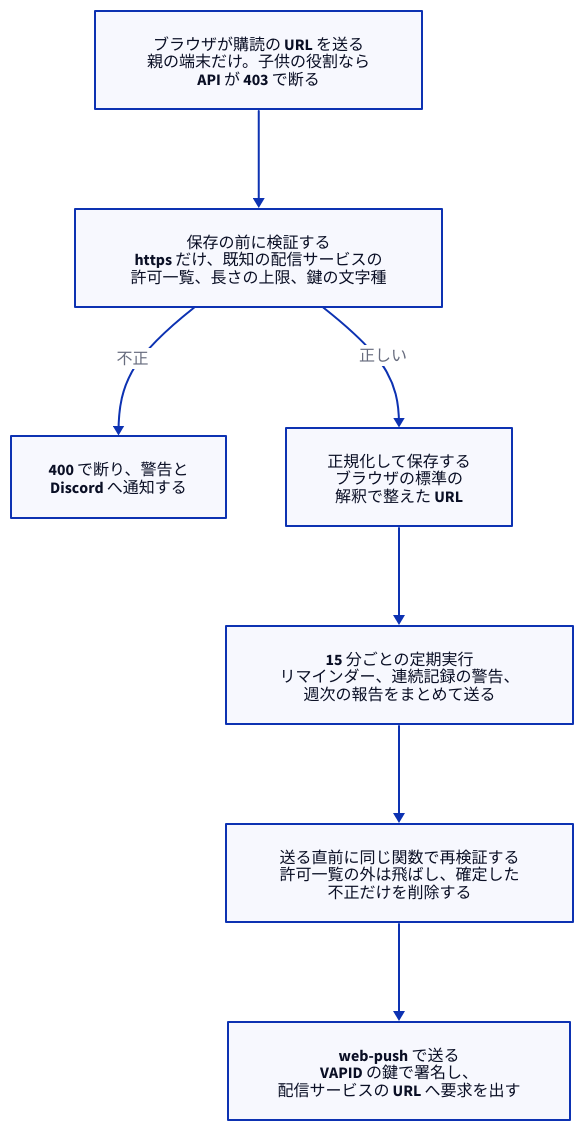
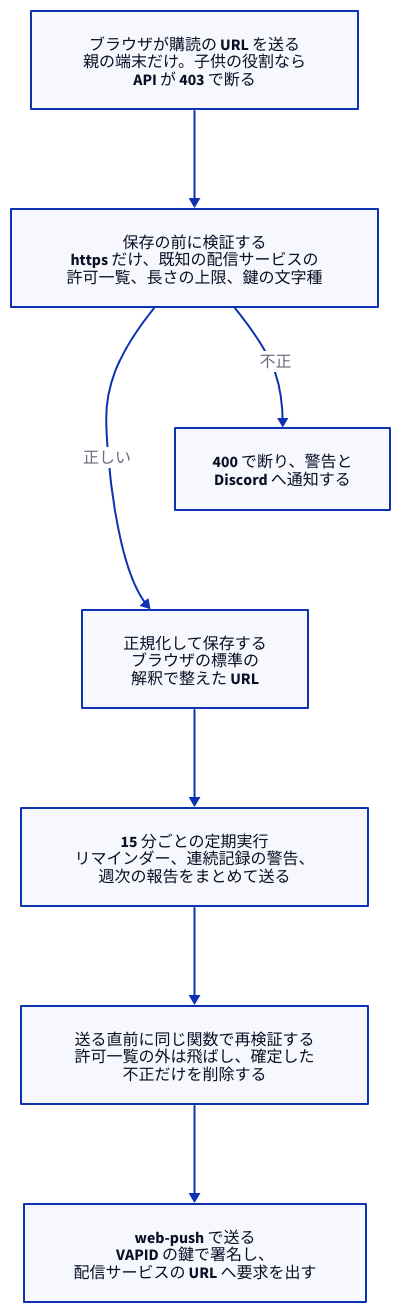
The diagram in images/ganbari-quest-design/notifications-pwa.d2 (Takenori-Kusaka/publishing-hub), drawn with D2 before and after one commit. The commit also changed 78 other files, not shown here.

First line of the commit message:
fix(diagrams): 自然幅が 480px を超えていた図 26 枚を縦に積んで描き直す

```diff
--- a/images/ganbari-quest-design/notifications-pwa.d2
+++ b/images/ganbari-quest-design/notifications-pwa.d2
@@ -1,25 +1,29 @@
 # 購読の URL が届いてから通知が送られるまで（正本: books/ganbari-quest-design/notifications-pwa.md）
 # 一方向のフローなので layout は dagre（TALA は公式に「DAG は苦手」と明記）。
 # 図だけで読めるように、各箱に「誰が何をするか」を書く。
-# 自然幅を 700px に収めるため、横に並ぶ 2 箱は 1 行 12 字までにする。
+# 自然幅を 480px に収める。Zenn は本文幅を超える画像を縮小するので、電話（本文幅 約 360px）でも
+# 0.75 倍より縮めず、16px の文字を 12px 以上で読めるようにするため。
+# そのため検証の先の 2 箱は横に並べず縦に積む。縦の順序は見えない辺（opacity 0）で固定する。
+# 2 箱が「不正」「正しい」の分岐であることは、検証の箱から出る 2 本の矢印とそのラベルで示す。
 vars: {
   d2-config: {
     layout-engine: dagre
   }
 }
 direction: down
 
 S: "ブラウザが購読の URL を送る\n親の端末だけ。子供の役割なら\nAPI が 403 で断る"
 V: "保存の前に検証する\nhttps だけ、既知の配信サービスの\n許可一覧、長さの上限、鍵の文字種"
 E: "400 で断り、警告と\nDiscord へ通知する"
 N: "正規化して保存する\nブラウザの標準の\n解釈で整えた URL"
 C: "15 分ごとの定期実行\nリマインダー、連続記録の警告、\n週次の報告をまとめて送る"
 R: "送る直前に同じ関数で再検証する\n許可一覧の外は飛ばし、確定した\n不正だけを削除する"
 P: "web-push で送る\nVAPID の鍵で署名し、\n配信サービスの URL へ要求を出す"
 
 S -> V
 V -> E: "不正"
 V -> N: "正しい"
 N -> C
 C -> R
 R -> P
+E -> N: { style.opacity: 0 }
```
